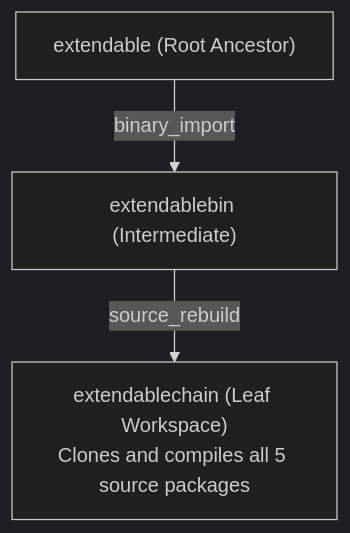
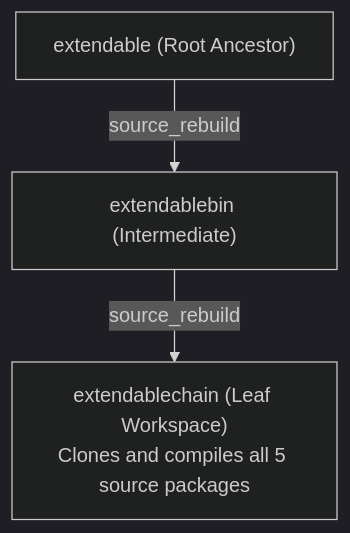
Before and after one commit to KmoM88/rep159-testing: the fifth of 10 diagrams in TOPOLOGICAL_TESTING_EVIDENCE_GIST.md, drawn with Mermaid (dark theme). The commit also changed other lines of this file, not shown here.

Commit message:
docs: clarify Topology 2 multi-tier source rebuild diagram and cascade note

````diff
--- a/TOPOLOGICAL_TESTING_EVIDENCE_GIST.md
+++ b/TOPOLOGICAL_TESTING_EVIDENCE_GIST.md
@@ -229,5 +229,5 @@
 ```mermaid
 graph TD
-    E2["extendable (Root Ancestor)"] -->|binary_import| EB2["extendablebin (Intermediate)"]
+    E2["extendable (Root Ancestor)"] -->|source_rebuild| EB2["extendablebin (Intermediate)"]
     EB2 -->|source_rebuild| EC2["extendablechain (Leaf Workspace)<br/>Clones and compiles all 5 source packages"]
 ```
````
